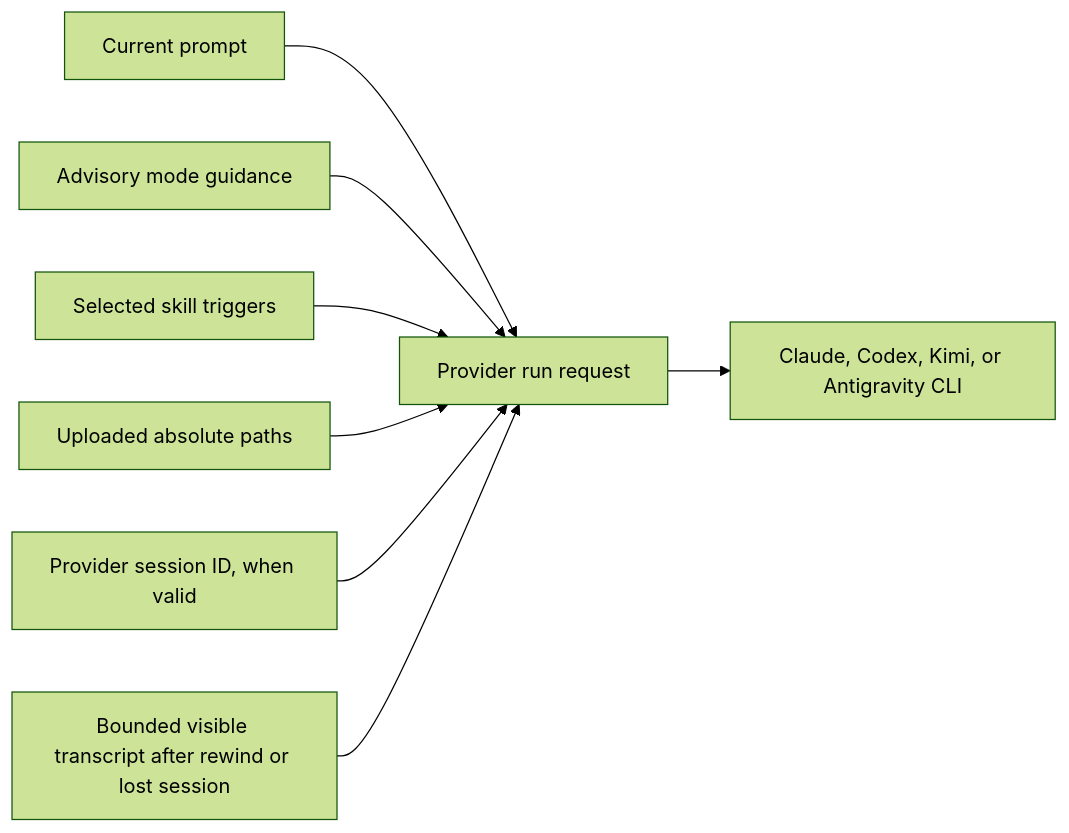
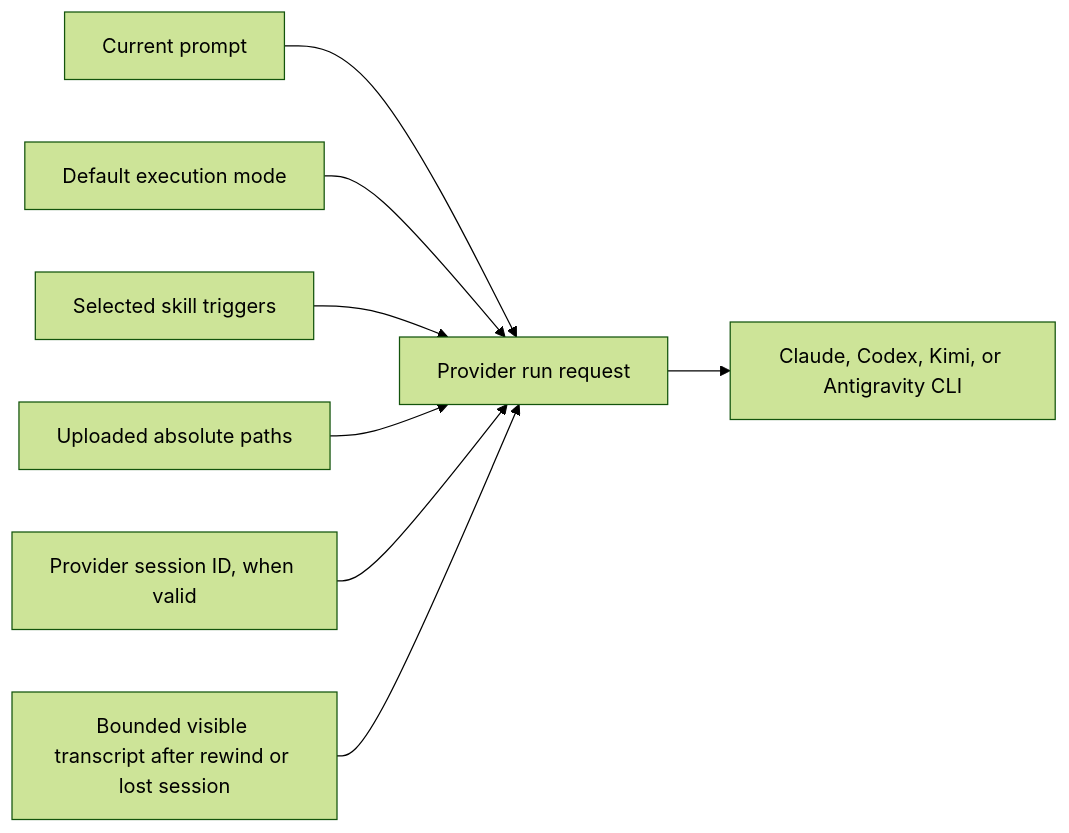
One commit to AbdallahMohamedDotnet/remote.futrx changed the diagram in docs/02-user-guide/04-prompts-context-and-conversation.md. Above: the diagram before and after it, drawn with Mermaid (forest theme). The commit also changed other lines of this file and 48 other files, not shown here.

````diff
--- a/docs/02-user-guide/04-prompts-context-and-conversation.md
+++ b/docs/02-user-guide/04-prompts-context-and-conversation.md
@@ -27,10 +28,10 @@
 ```mermaid
 flowchart LR
     Prompt["Current prompt"] --> Request["Provider run request"]
-    Mode["Advisory mode guidance"] --> Request
+    Mode["Default execution mode"] --> Request
     Skills["Selected skill triggers"] --> Request
     Files["Uploaded absolute paths"] --> Request
     Session["Provider session ID, when valid"] --> Request
     History["Bounded visible transcript after rewind or lost session"] --> Request
     Request --> Agent["Claude, Codex, Kimi, or Antigravity CLI"]
 ```
````
